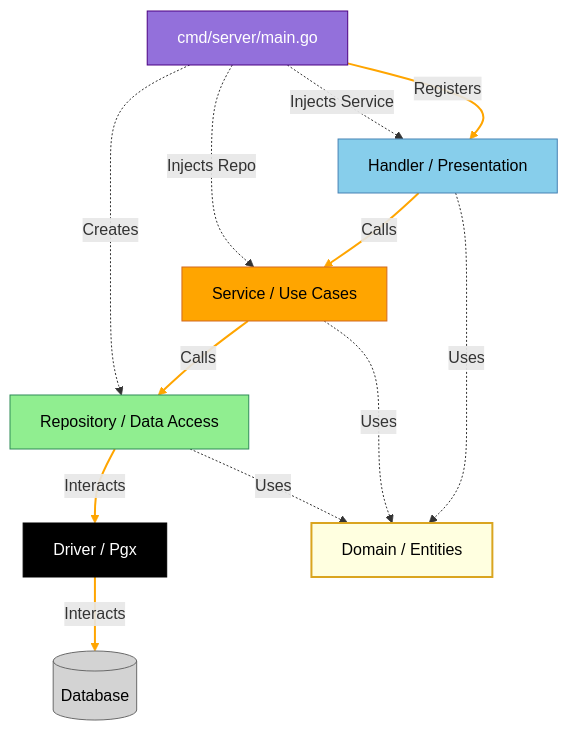
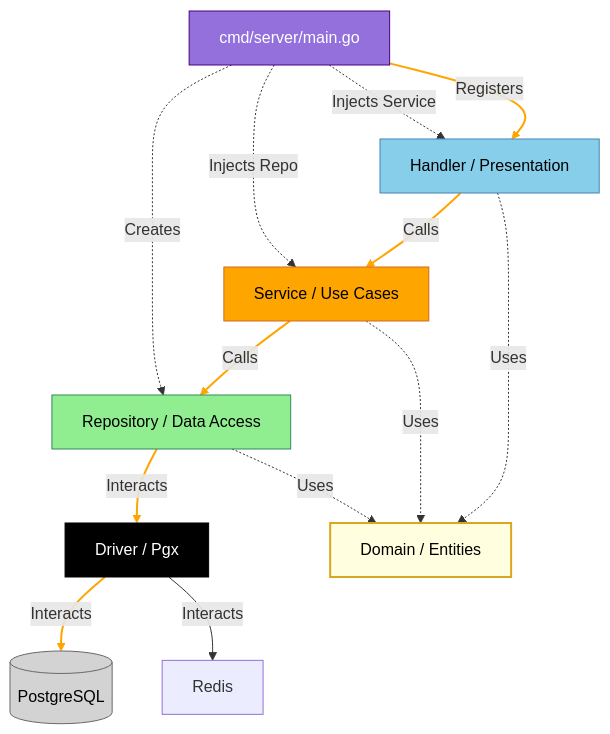
One commit to mipselqq/goroutine changed the diagram in README.md. Above: the diagram before and after it, drawn with Mermaid. The commit also changed other lines of this file, not shown here.

````diff
--- a/README.md
+++ b/README.md
@@ -41,36 +42,37 @@
 ```mermaid
 graph TD
     Main[cmd/server/main.go]:::config
     Handler[Handler / Presentation]:::handler
     Service[Service / Use Cases]:::service
     Repo[Repository / Data Access]:::repo
     Domain[Domain / Entities]:::domain
     Driver[Driver / Pgx]:::driver
-    DB[(Database)]:::db
+    DB[(PostgreSQL)]:::db
 
     %% Injection
     Main -.->|Creates| Repo
     Main -.->|Injects Repo| Service
     Main -.->|Injects Service| Handler
     Main -->|Registers| Handler
 
     %% Runtime Flow
     Handler -->|Calls| Service
     Service -->|Calls| Repo
     Repo -->|Interacts| Driver
     Driver -->|Interacts| DB
+    Driver -->|Interacts| Redis
 
     %% Domain Dependencies
     Handler -.->|Uses| Domain
     Service -.->|Uses| Domain
     Repo -.->|Uses| Domain
 
     classDef driver fill:#000,stroke:#000,color:#fff;
     classDef handler fill:#87CEEB,stroke:#4682B4,color:#000;
     classDef service fill:#FFA500,stroke:#D2691E,color:#000;
     classDef repo fill:#90EE90,stroke:#2E8B57,color:#000;
     classDef db fill:#D3D3D3,stroke:#696969,color:#000;
     classDef domain fill:#FFFFE0,stroke:#DAA520,stroke-width:2px,color:#000;
     classDef config fill:#9370DB,stroke:#4B0082,color:#fff;
     linkStyle 3,4,5,6,7 stroke:#FFA500,stroke-width:2px;
 ```
````
